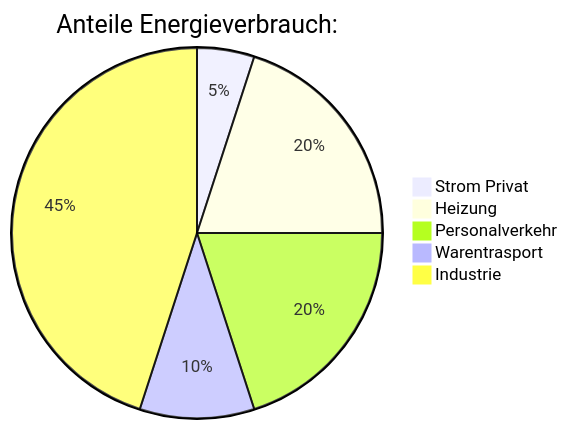
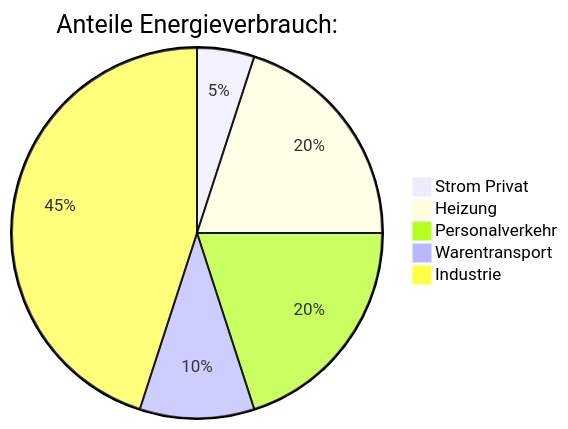
Before and after one commit to FHW-Appel/Moin-MINT: the first of 5 diagrams in unterlagen/Energie/Energie.md, drawn with Mermaid. The commit also changed other lines of this file, not shown here.

````diff
--- a/unterlagen/Energie/Energie.md
+++ b/unterlagen/Energie/Energie.md
@@ -137,8 +137,8 @@
 ```mermaid
 pie title Anteile Energieverbrauch:
     "Strom Privat" : 5
     "Heizung" : 20
     "Personalverkehr" : 20
-    "Warentrasport" : 10
+    "Warentransport" : 10
     "Industrie" : 45
 ```
````
